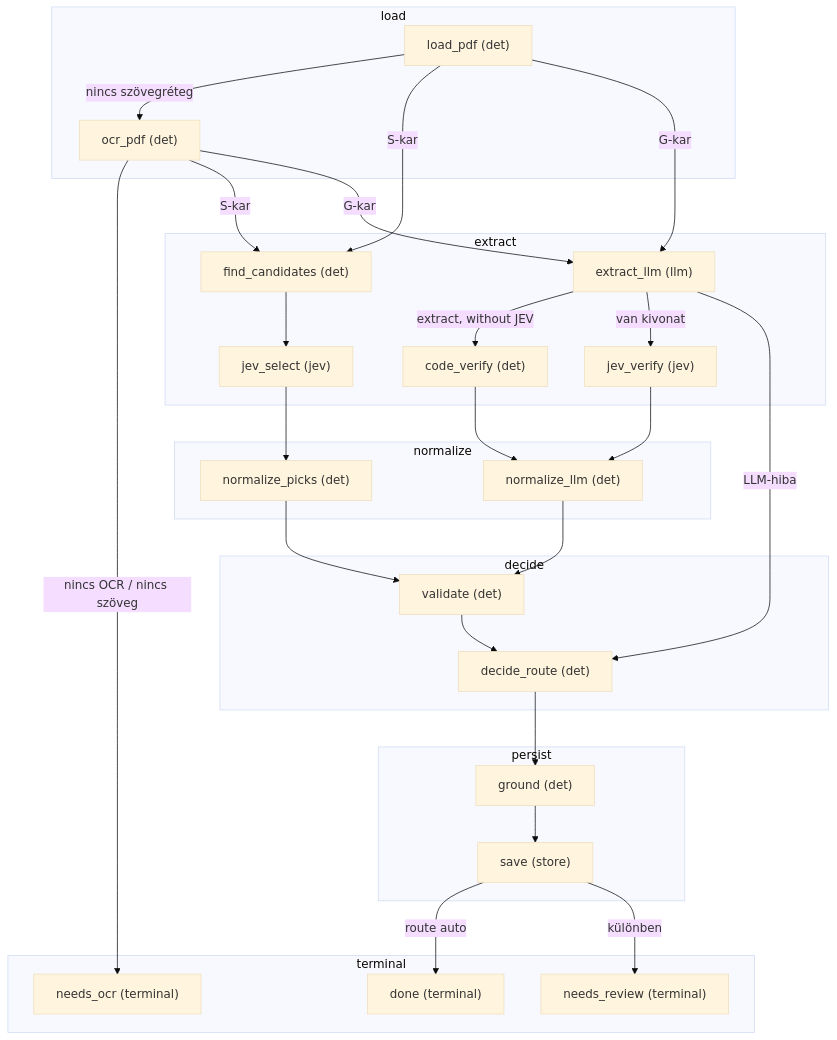
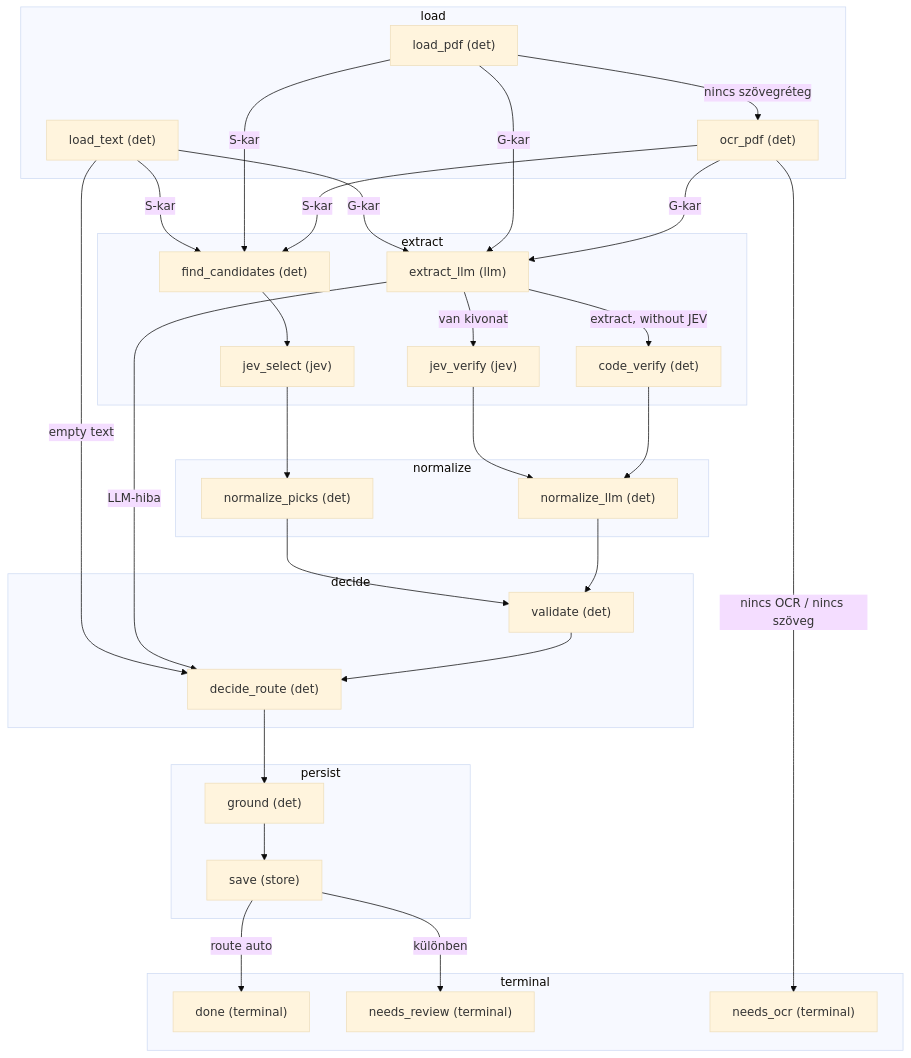
The diagram in docs/flows/invoice/FLOW.mmd (kassaiattila/58_JEV_AI), drawn with Mermaid (base theme) before and after one commit. The commit also changed 12 other files, not shown here.

```diff
--- a/docs/flows/invoice/FLOW.mmd
+++ b/docs/flows/invoice/FLOW.mmd
@@ -1,49 +1,53 @@
 flowchart TD
   subgraph ph_load["load"]
     load_pdf["load_pdf (det)"]
     ocr_pdf["ocr_pdf (det)"]
+    load_text["load_text (det)"]
   end
   subgraph ph_extract["extract"]
     find_candidates["find_candidates (det)"]
     jev_select["jev_select (jev)"]
     extract_llm["extract_llm (llm)"]
     jev_verify["jev_verify (jev)"]
     code_verify["code_verify (det)"]
   end
   subgraph ph_normalize["normalize"]
     normalize_picks["normalize_picks (det)"]
     normalize_llm["normalize_llm (det)"]
   end
   subgraph ph_decide["decide"]
     validate["validate (det)"]
     decide_route["decide_route (det)"]
   end
   subgraph ph_persist["persist"]
     ground["ground (det)"]
     save["save (store)"]
   end
   subgraph ph_terminal["terminal"]
     done["done (terminal)"]
     needs_review["needs_review (terminal)"]
     needs_ocr["needs_ocr (terminal)"]
   end
+  load_text -->|empty text| decide_route
+  load_text -->|S-kar| find_candidates
+  load_text -->|G-kar| extract_llm
   load_pdf -->|nincs szövegréteg| ocr_pdf
   load_pdf -->|S-kar| find_candidates
   load_pdf -->|G-kar| extract_llm
   ocr_pdf -->|nincs OCR / nincs szöveg| needs_ocr
   ocr_pdf -->|S-kar| find_candidates
   ocr_pdf -->|G-kar| extract_llm
   find_candidates --> jev_select
   jev_select --> normalize_picks
   normalize_picks --> validate
   extract_llm -->|extract, without JEV| code_verify
   extract_llm -->|van kivonat| jev_verify
   extract_llm -->|LLM-hiba| decide_route
   jev_verify --> normalize_llm
   code_verify --> normalize_llm
   normalize_llm --> validate
   validate --> decide_route
   decide_route --> ground
   ground --> save
   save -->|route auto| done
   save -->|különben| needs_review
```
